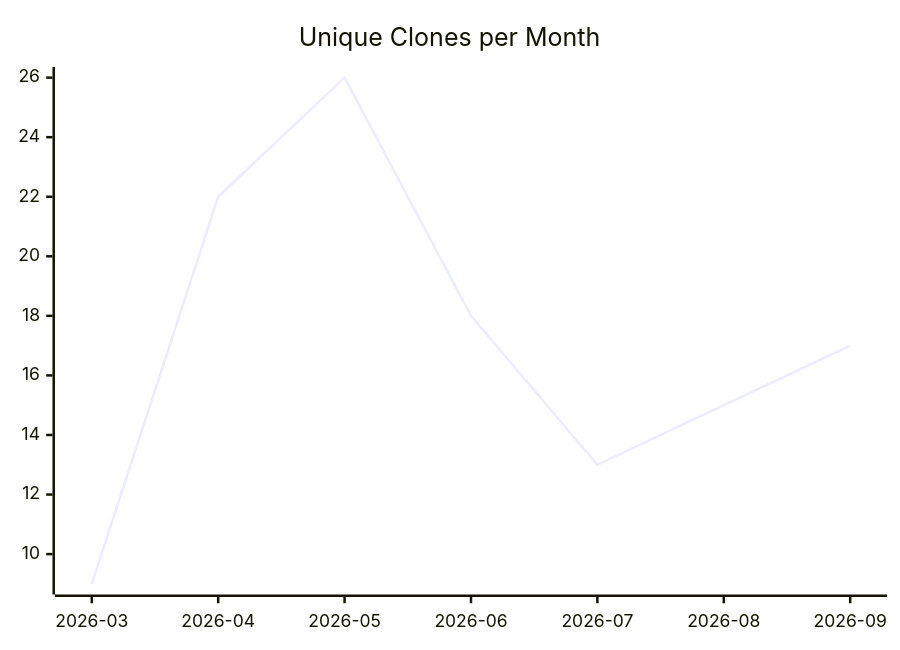
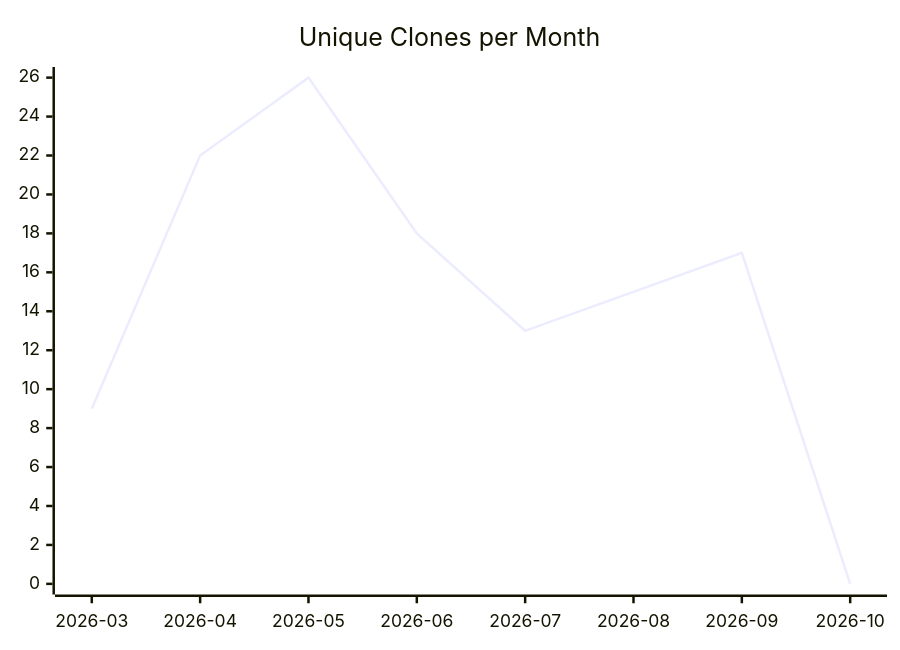
Before and after one commit to justdavis-family/github-analytics-data: the third of 3 diagrams in karlmdavis/lego-ev3dev-rs/README.md, drawn with Mermaid. The commit also changed other lines of this file and 202 other files, not shown here.

````diff
--- a/karlmdavis/lego-ev3dev-rs/README.md
+++ b/karlmdavis/lego-ev3dev-rs/README.md
@@ -19,6 +19,6 @@
 ```mermaid
 xychart-beta
   title "Unique Clones per Month"
-  x-axis ["2026-03", "2026-04", "2026-05", "2026-06", "2026-07", "2026-08", "2026-09"]
-  line [9, 22, 26, 18, 13, 15, 17]
+  x-axis ["2026-03", "2026-04", "2026-05", "2026-06", "2026-07", "2026-08", "2026-09", "2026-10"]
+  line [9, 22, 26, 18, 13, 15, 17, 0]
 ```
````
